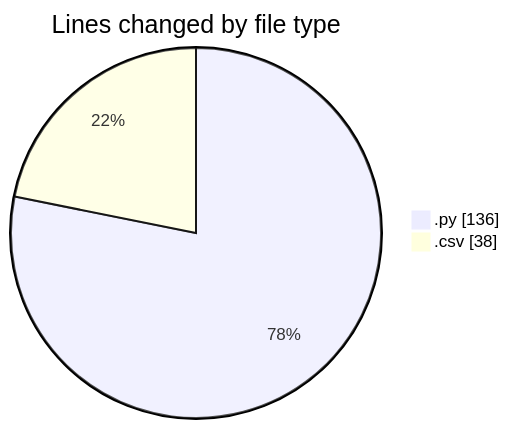
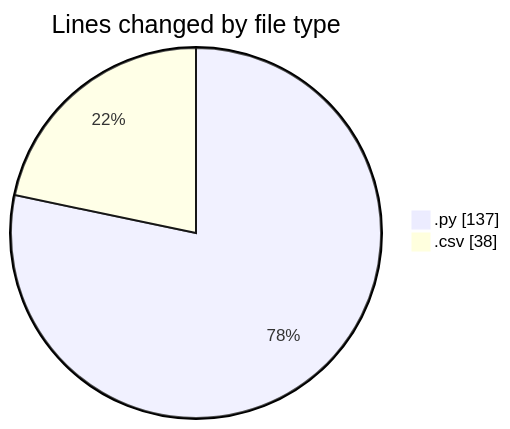
One commit to MatusMokan/code-tracking changed the first of 2 diagrams in 2025-04-11/myws__workspace_/README.md. Above: the diagram before and after it, drawn with Mermaid. The commit also changed other lines of this file and 1 other file, not shown here.

````diff
--- a/2025-04-11/myws__workspace_/README.md
+++ b/2025-04-11/myws__workspace_/README.md
@@ -22,6 +22,6 @@
 ```mermaid
 pie showData
 title Lines changed by file type
-".py" : 136
+".py" : 137
 ".csv" : 38
 ```
````
